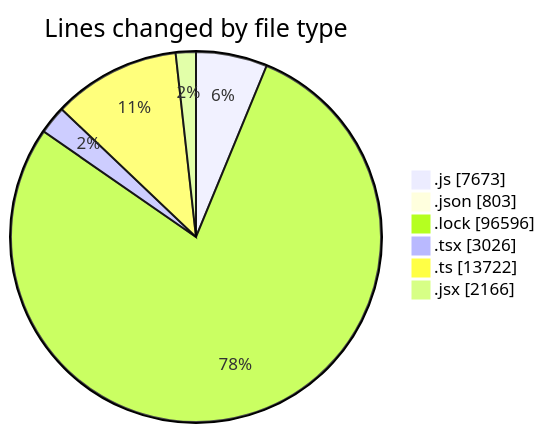
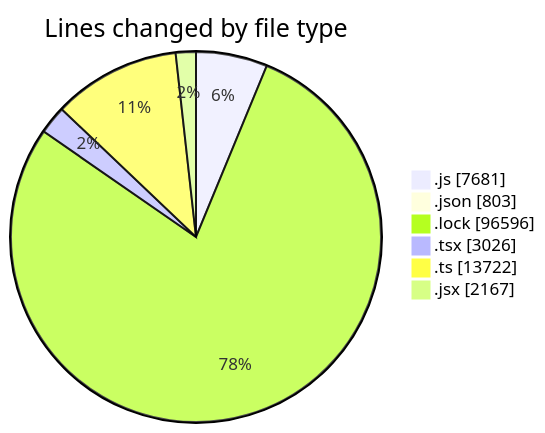
The first of 2 diagrams in 2025-12-18/cda/README.md (momahboobian/code-tracking), drawn with Mermaid before and after one commit. The commit also changed other lines of this file and 1 other file, not shown here.

````diff
--- a/2025-12-18/cda/README.md
+++ b/2025-12-18/cda/README.md
@@ -102,10 +102,10 @@
 ```mermaid
 pie showData
 title Lines changed by file type
-".js" : 7673
+".js" : 7681
 ".json" : 803
 ".lock" : 96596
 ".tsx" : 3026
 ".ts" : 13722
-".jsx" : 2166
+".jsx" : 2167
 ```
````
